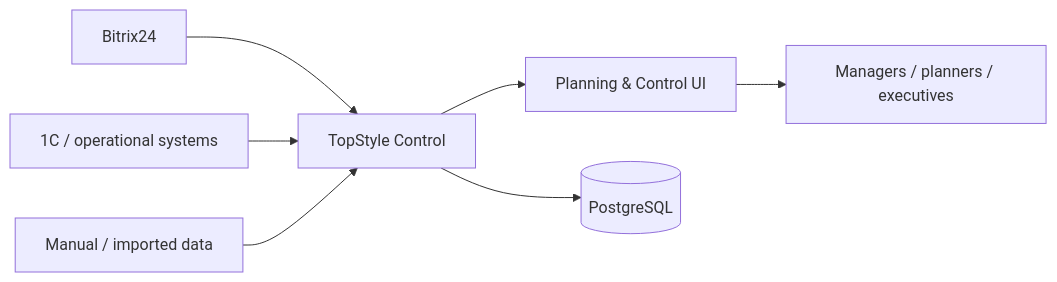
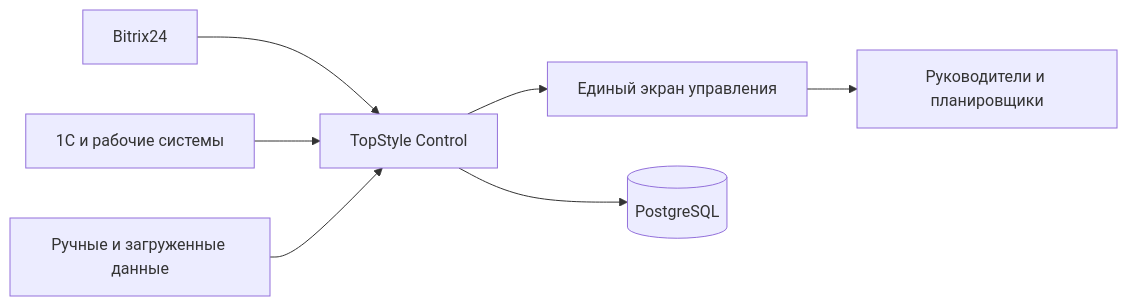
One commit to kirillq2098/kirillq2098 changed the fifth of 5 diagrams in docs/ARCHITECTURE.md. Above: the diagram before and after it, drawn with Mermaid. The commit also changed other lines of this file, not shown here.

Commit message:
docs: explain system architecture in plain Russian

````diff
--- a/docs/ARCHITECTURE.md
+++ b/docs/ARCHITECTURE.md
@@ -112,9 +111,9 @@
 ```mermaid
 graph LR
     CRM[Bitrix24] --> TC[TopStyle Control]
-    ERP[1C / operational systems] --> TC
-    MAN[Manual / imported data] --> TC
-    TC --> WEB[Planning & Control UI]
+    ERP[1С и рабочие системы] --> TC
+    MAN[Ручные и загруженные данные] --> TC
+    TC --> WEB[Единый экран управления]
     TC --> DB[(PostgreSQL)]
-    WEB --> PM[Managers / planners / executives]
+    WEB --> PM[Руководители и планировщики]
 ```
````
